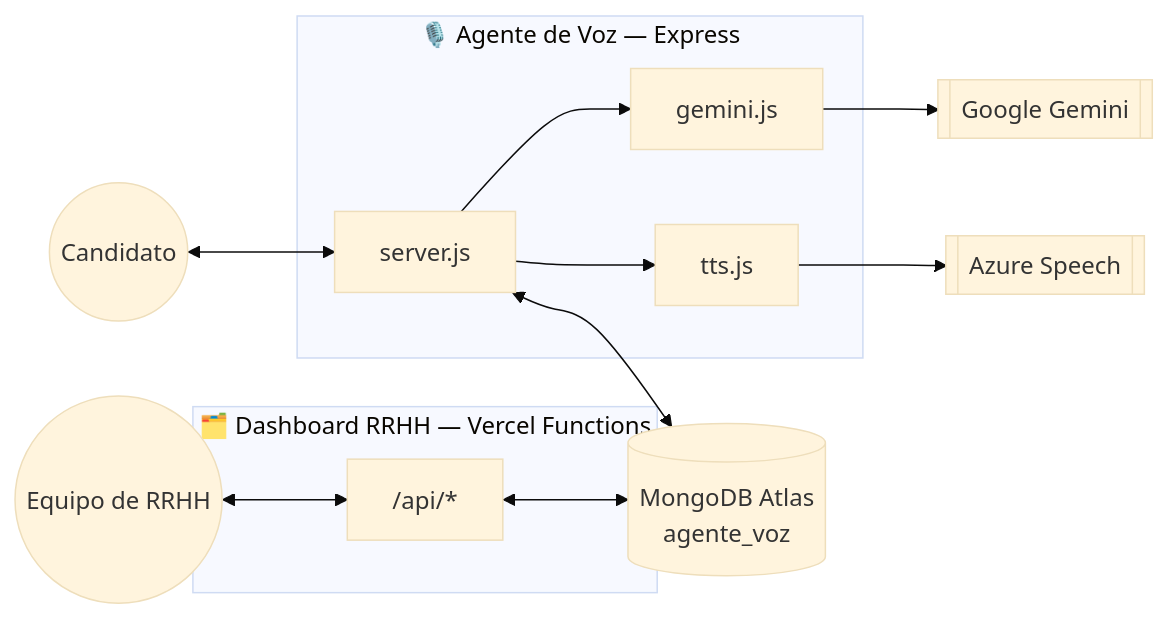
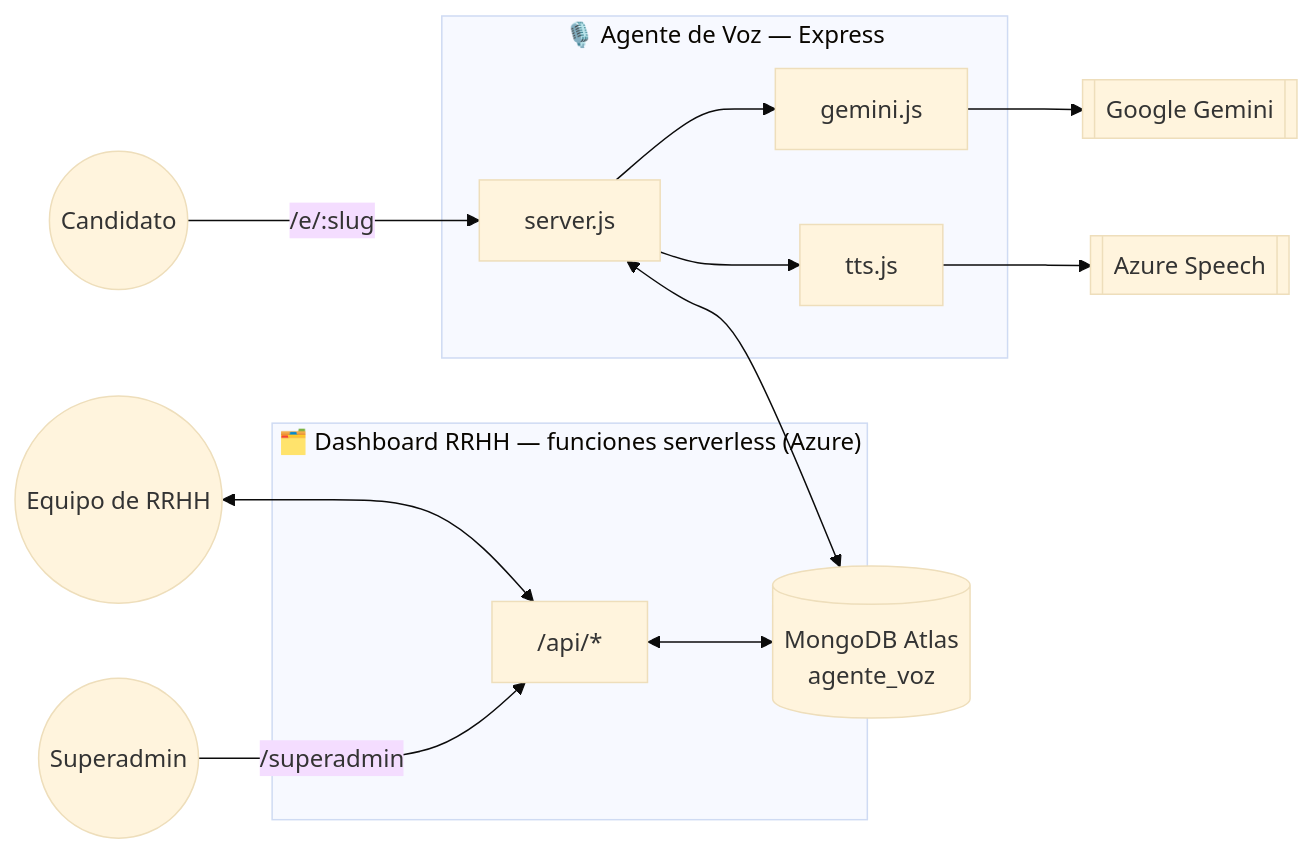
Before and after one commit to MiguelRA-Dev/H-DH-R-DashBoard: the first of 3 diagrams in docs/ARQUITECTURA.md, drawn with Mermaid (base theme). The commit also changed other lines of this file, not shown here.

First line of the commit message:
Reescribe la guía de arquitectura: Azure en vez de Vercel, multi-tenencia, licencias, superadmin, CORS y CI

````diff
--- a/docs/ARQUITECTURA.md
+++ b/docs/ARQUITECTURA.md
@@ -49,25 +55,27 @@
 ```mermaid
 flowchart LR
     Cand(("Candidato"))
     RRHH(("Equipo de RRHH"))
+    Super(("Superadmin"))
 
     subgraph SVoz["🎙️ Agente de Voz — Express"]
         AVS["server.js"]
         G["gemini.js"]
         T["tts.js"]
     end
 
-    subgraph SDash["🗂️ Dashboard RRHH — Vercel Functions"]
+    subgraph SDash["🗂️ Dashboard RRHH — funciones serverless (Azure)"]
         D["/api/*"]
     end
 
     Gemini[["Google Gemini"]]
     Azure[["Azure Speech"]]
     DB[("MongoDB Atlas<br/>agente_voz")]
 
-    Cand <--> AVS
+    Cand -- "/e/:slug" --> AVS
     AVS --> G --> Gemini
     AVS --> T --> Azure
     AVS <--> DB
     RRHH <--> D <--> DB
+    Super -- "/superadmin" --> D
 ```
````
